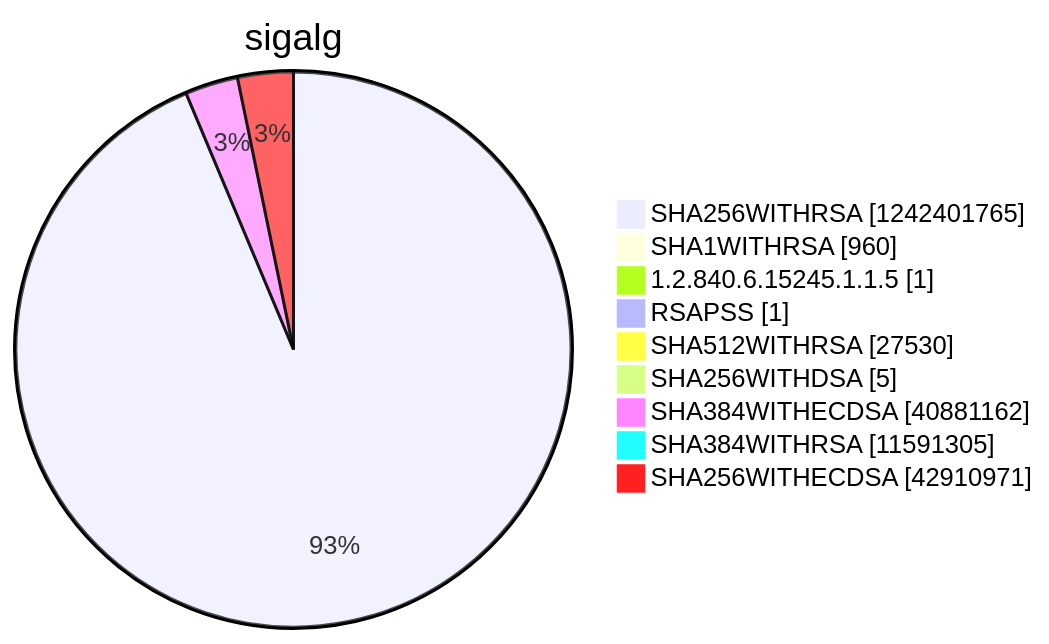
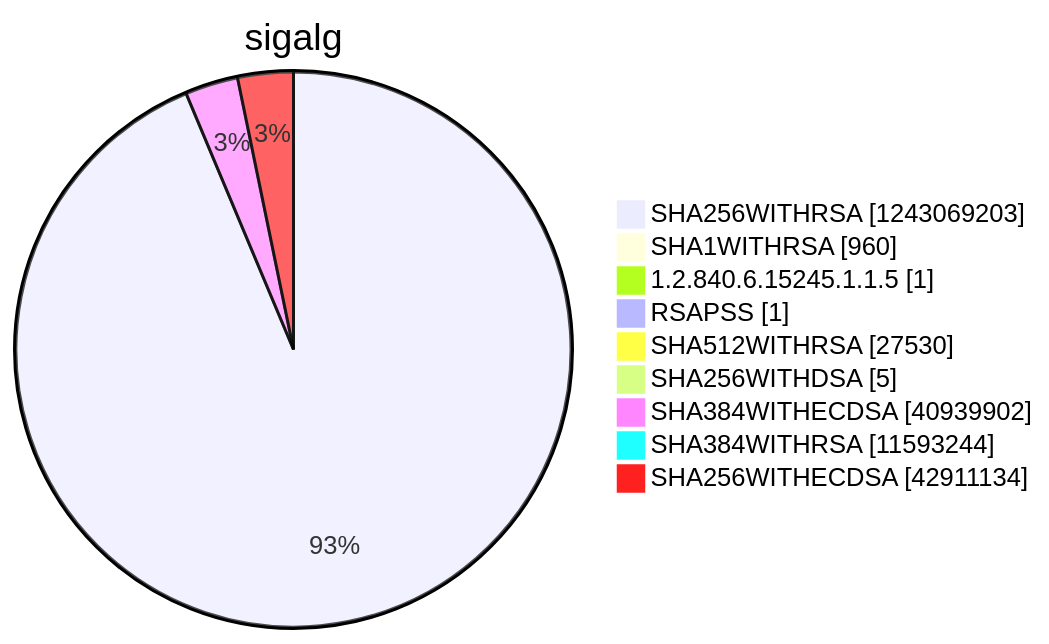
Before and after one commit to christiankrug/ctmonitor_visualization: diagram 15 of 15 in argon2022/README.md, drawn with Mermaid. The commit also changed other lines of this file, not shown here.

````diff
--- a/argon2022/README.md
+++ b/argon2022/README.md
@@ -5522,13 +5522,13 @@
 ```mermaid
 pie showData
 title sigalg
-"SHA256WITHRSA" :1242401765
+"SHA256WITHRSA" :1243069203
 "SHA1WITHRSA" :960
 "1.2.840.6.15245.1.1.5" :1
 "RSAPSS" :1
 "SHA512WITHRSA" :27530
 "SHA256WITHDSA" :5
-"SHA384WITHECDSA" :40881162
-"SHA384WITHRSA" :11591305
-"SHA256WITHECDSA" :42910971
+"SHA384WITHECDSA" :40939902
+"SHA384WITHRSA" :11593244
+"SHA256WITHECDSA" :42911134
 ```
````
